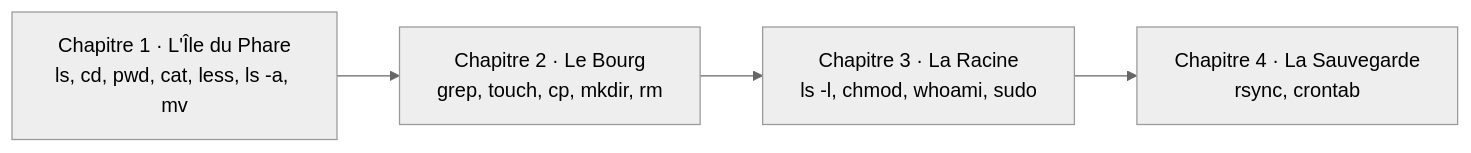
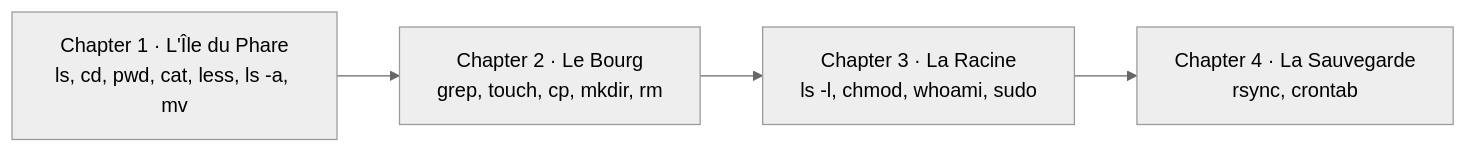
The diagram in docs/SCENARIOS.md (Rouages-du-net/quetes-de-sysadmin), drawn with Mermaid (neutral theme) before and after one commit. The commit also changed other lines of this file and 13 other files, not shown here.

````diff
--- a/docs/SCENARIOS.md
+++ b/docs/SCENARIOS.md
@@ -232,6 +244,6 @@
 ```mermaid
 flowchart LR
-  C1["Chapitre 1 · L'Île du Phare<br/>ls, cd, pwd, cat, less, ls -a, mv"] --> C2["Chapitre 2 · Le Bourg<br/>grep, touch, cp, mkdir, rm"]
-  C2 --> C3["Chapitre 3 · La Racine<br/>ls -l, chmod, whoami, sudo"]
-  C3 --> C4["Chapitre 4 · La Sauvegarde<br/>rsync, crontab"]
+  C1["Chapter 1 · L'Île du Phare<br/>ls, cd, pwd, cat, less, ls -a, mv"] --> C2["Chapter 2 · Le Bourg<br/>grep, touch, cp, mkdir, rm"]
+  C2 --> C3["Chapter 3 · La Racine<br/>ls -l, chmod, whoami, sudo"]
+  C3 --> C4["Chapter 4 · La Sauvegarde<br/>rsync, crontab"]
 ```
````
